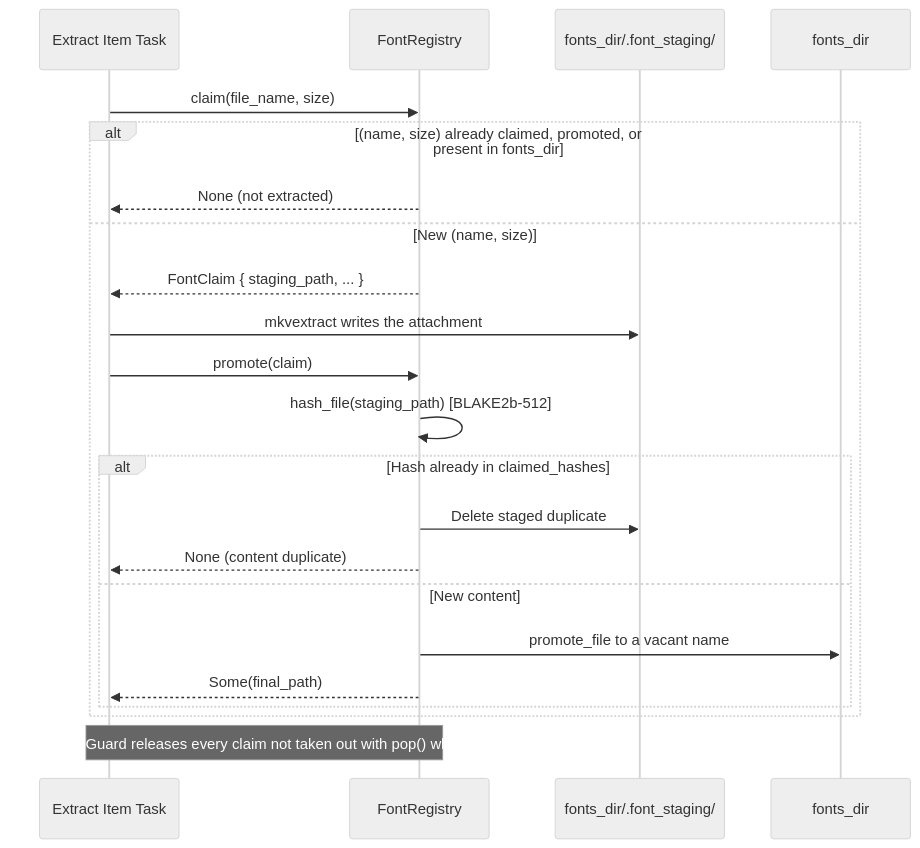
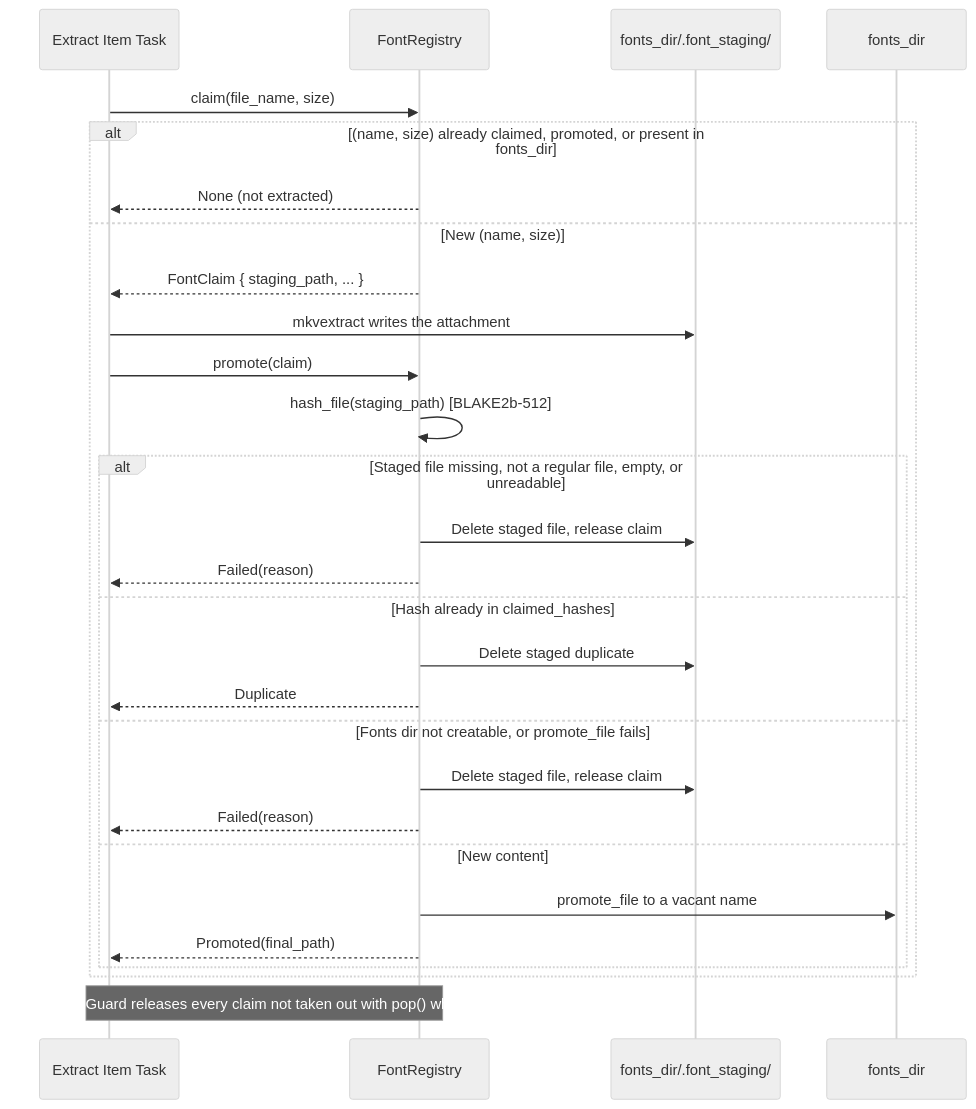
One commit to Si-Forces/mkvanimebatch changed the fourth of 8 diagrams in architecture.md. Above: the diagram before and after it, drawn with Mermaid (neutral theme). The commit also changed other lines of this file and 15 other files, not shown here.

First line of the commit message:
fix(core): report unsaved fonts, duplicate chapter files and mkvmerge -J errors to the user (#84)

````diff
--- a/architecture.md
+++ b/architecture.md
@@ -309,25 +309,31 @@
 ```mermaid
 sequenceDiagram
     participant Worker as Extract Item Task
     participant FR as FontRegistry
     participant Staging as fonts_dir/.font_staging/
     participant Target as fonts_dir
 
     Worker->>FR: claim(file_name, size)
     alt (name, size) already claimed, promoted, or present in fonts_dir
         FR-->>Worker: None (not extracted)
     else New (name, size)
         FR-->>Worker: FontClaim { staging_path, ... }
         Worker->>Staging: mkvextract writes the attachment
         Worker->>FR: promote(claim)
         FR->>FR: hash_file(staging_path) [BLAKE2b-512]
-        alt Hash already in claimed_hashes
+        alt Staged file missing, not a regular file, empty, or unreadable
+            FR->>Staging: Delete staged file, release claim
+            FR-->>Worker: Failed(reason)
+        else Hash already in claimed_hashes
             FR->>Staging: Delete staged duplicate
-            FR-->>Worker: None (content duplicate)
+            FR-->>Worker: Duplicate
+        else Fonts dir not creatable, or promote_file fails
+            FR->>Staging: Delete staged file, release claim
+            FR-->>Worker: Failed(reason)
         else New content
             FR->>Target: promote_file to a vacant name
-            FR-->>Worker: Some(final_path)
+            FR-->>Worker: Promoted(final_path)
         end
     end
     Note over Worker,FR: FontClaimsGuard releases every claim not taken out with pop() when it drops
 ```
````
